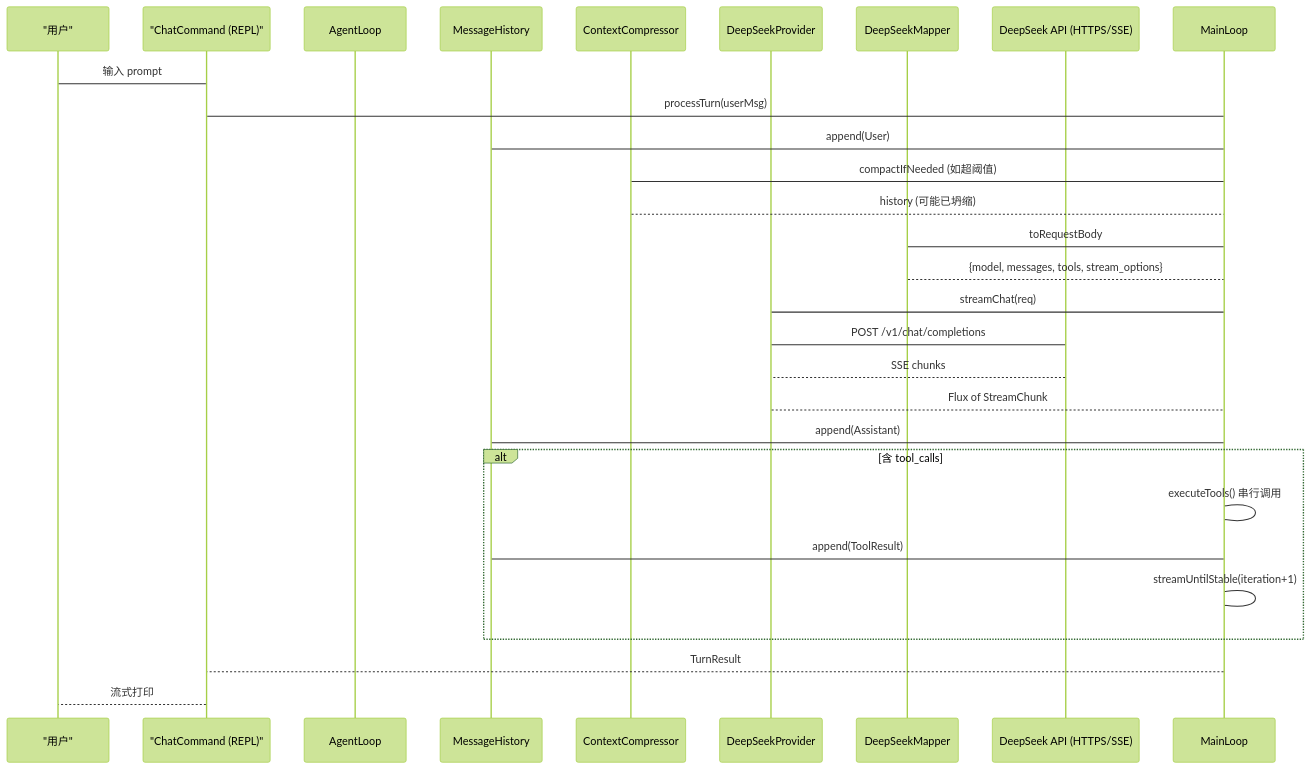
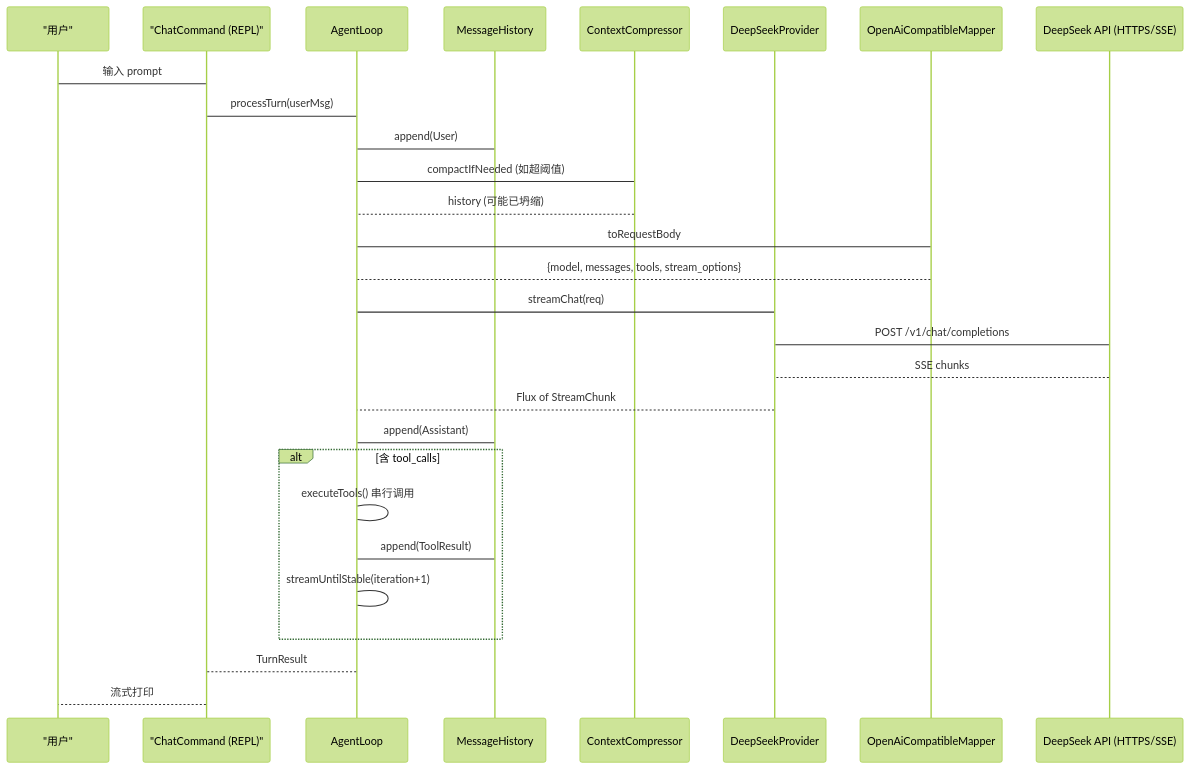
Before and after one commit to makemeking233-hub/agent-demo: the second of 11 diagrams in docs/guides/architecture.md, drawn with Mermaid (forest theme). The commit also changed other lines of this file and 3 other files, not shown here.

````diff
--- a/docs/guides/architecture.md
+++ b/docs/guides/architecture.md
@@ -103,31 +103,31 @@
 ```mermaid
 sequenceDiagram
     participant U as "用户"
     participant REPL as "ChatCommand (REPL)"
-    participant Loop as AgentLoop
+    participant MainLoop as AgentLoop
     participant Hist as MessageHistory
     participant Compressor as ContextCompressor
     participant LLM as DeepSeekProvider
-    participant Map as DeepSeekMapper
+    participant Map as OpenAiCompatibleMapper
     participant API as DeepSeek API (HTTPS/SSE)
 
     U->REPL: 输入 prompt
     REPL->MainLoop: processTurn(userMsg)
     MainLoop->Hist: append(User)
     MainLoop->Compressor: compactIfNeeded (如超阈值)
     Compressor-->MainLoop: history (可能已坍缩)
     MainLoop->Map: toRequestBody
     Map-->MainLoop: {model, messages, tools, stream_options}
     MainLoop->LLM: streamChat(req)
     LLM->API: POST /v1/chat/completions
     API-->LLM: SSE chunks
     LLM-->MainLoop: Flux of StreamChunk
     MainLoop->Hist: append(Assistant)
     alt 含 tool_calls
         MainLoop->MainLoop: executeTools() 串行调用
         MainLoop->Hist: append(ToolResult)
         MainLoop->MainLoop: streamUntilStable(iteration+1)
     end
     MainLoop-->REPL: TurnResult
     REPL-->U: 流式打印
 ```
````
